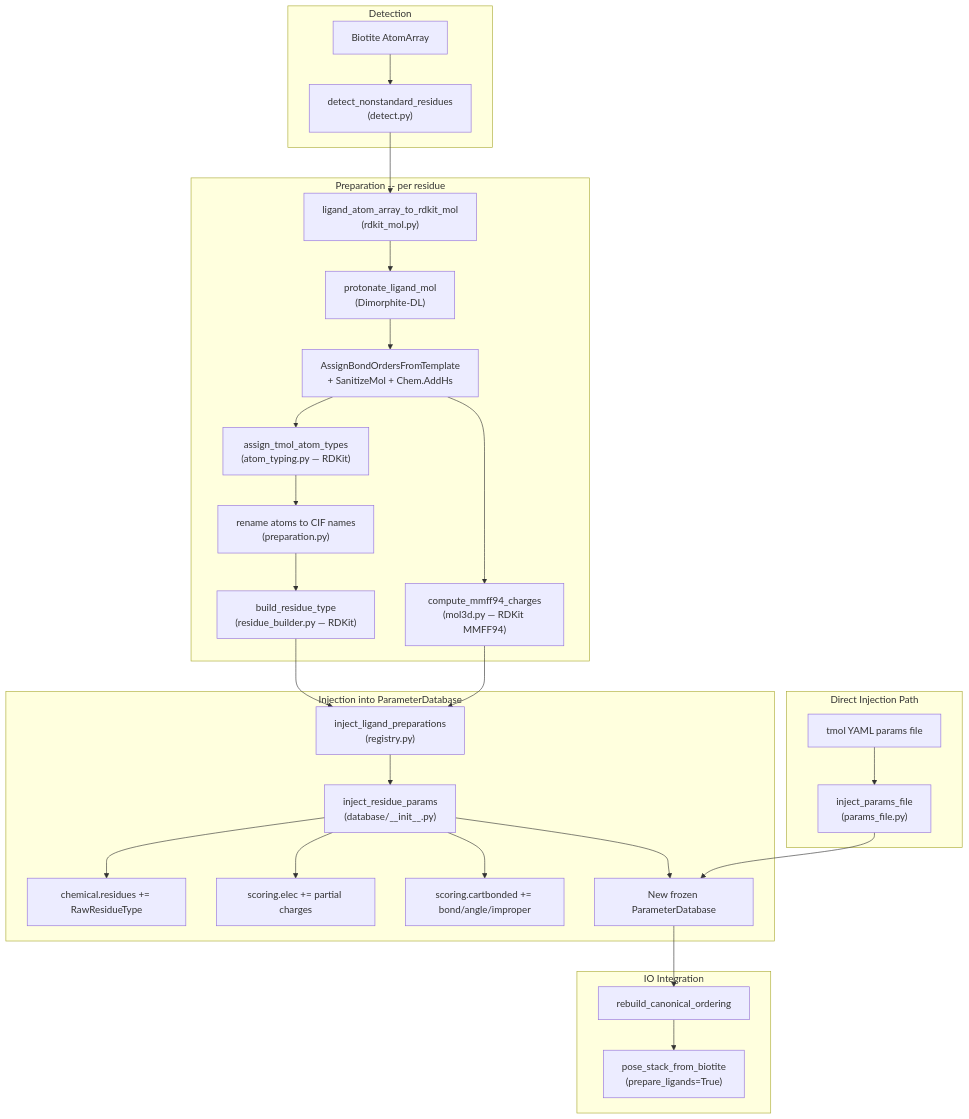
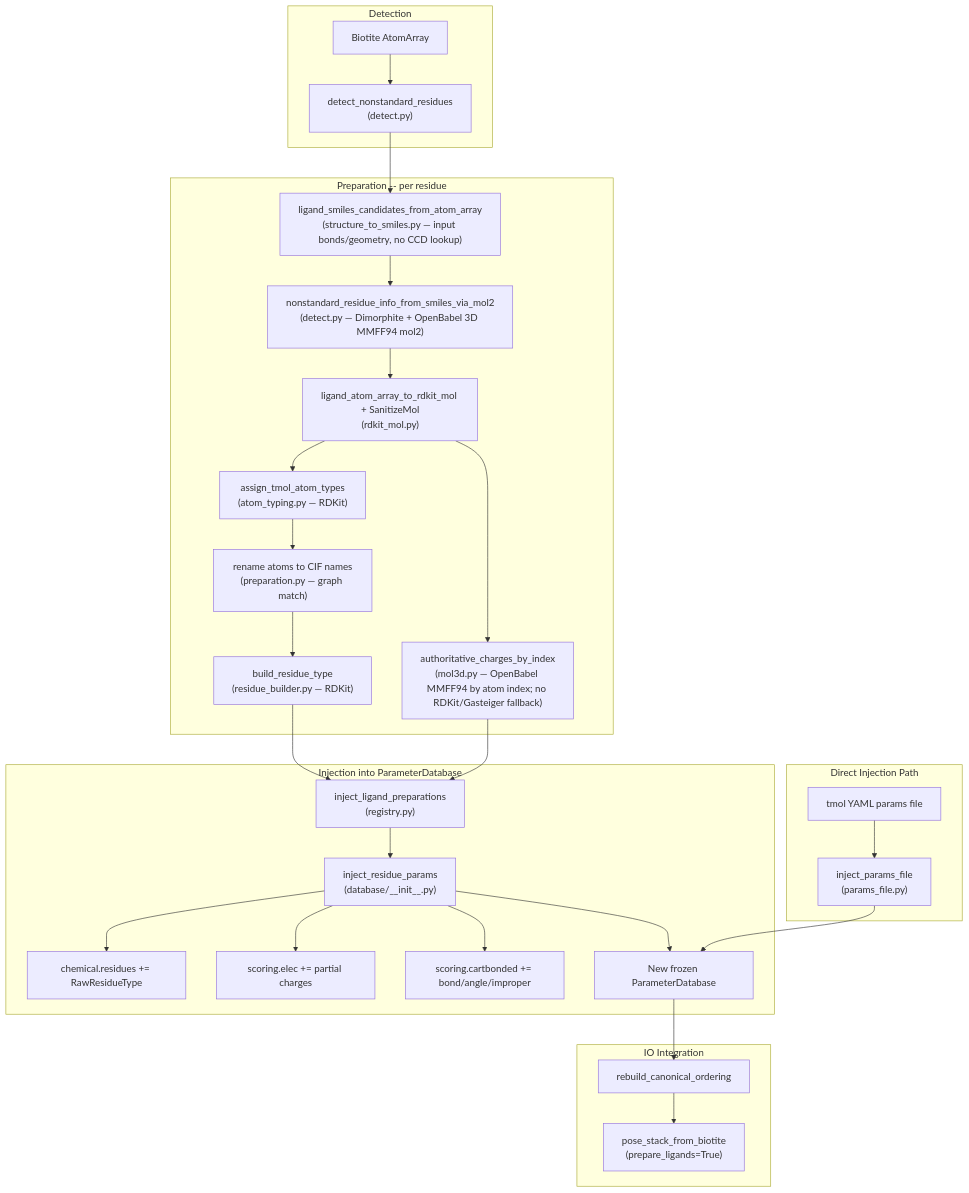
Before and after one commit to uw-ipd/tmol: the diagram in tmol/ligand/README.md, drawn with Mermaid. The commit also changed other lines of this file and 39 other files, not shown here.

````diff
--- a/tmol/ligand/README.md
+++ b/tmol/ligand/README.md
@@ -22,38 +22,38 @@
 ```mermaid
 flowchart TD
     subgraph detection [Detection]
         A["Biotite AtomArray"] --> B["detect_nonstandard_residues\n(detect.py)"]
     end
 
     subgraph preparation [Preparation -- per residue]
-        B --> C["ligand_atom_array_to_rdkit_mol\n(rdkit_mol.py)"]
-        C --> D["protonate_ligand_mol\n(Dimorphite-DL)"]
-        D --> E["AssignBondOrdersFromTemplate\n+ SanitizeMol + Chem.AddHs"]
+        B --> S["ligand_smiles_candidates_from_atom_array\n(structure_to_smiles.py — input bonds/geometry, no CCD lookup)"]
+        S --> D["nonstandard_residue_info_from_smiles_via_mol2\n(detect.py — Dimorphite + OpenBabel 3D MMFF94 mol2)"]
+        D --> E["ligand_atom_array_to_rdkit_mol + SanitizeMol\n(rdkit_mol.py)"]
 
-        E --> F["compute_mmff94_charges\n(mol3d.py — RDKit MMFF94)"]
+        E --> F["authoritative_charges_by_index\n(mol3d.py — OpenBabel MMFF94 by atom index; no RDKit/Gasteiger fallback)"]
         E --> H["assign_tmol_atom_types\n(atom_typing.py — RDKit)"]
-        H --> I["rename atoms to CIF names\n(preparation.py)"]
+        H --> I["rename atoms to CIF names\n(preparation.py — graph match)"]
         I --> J["build_residue_type\n(residue_builder.py — RDKit)"]
     end
 
     subgraph injection [Injection into ParameterDatabase]
         J --> K["inject_ligand_preparations\n(registry.py)"]
         F --> K
 
         K --> L["inject_residue_params\n(database/__init__.py)"]
         L --> L1["chemical.residues += RawResidueType"]
         L --> L2["scoring.elec += partial charges"]
         L --> L3["scoring.cartbonded += bond/angle/improper"]
         L --> M["New frozen ParameterDatabase"]
     end
 
     subgraph io [IO Integration]
         M --> N["rebuild_canonical_ordering"]
         N --> O["pose_stack_from_biotite\n(prepare_ligands=True)"]
     end
 
     subgraph direct [Direct Injection Path]
         P["tmol YAML params file"] --> Q["inject_params_file\n(params_file.py)"]
         Q --> M
     end
 ```
````
